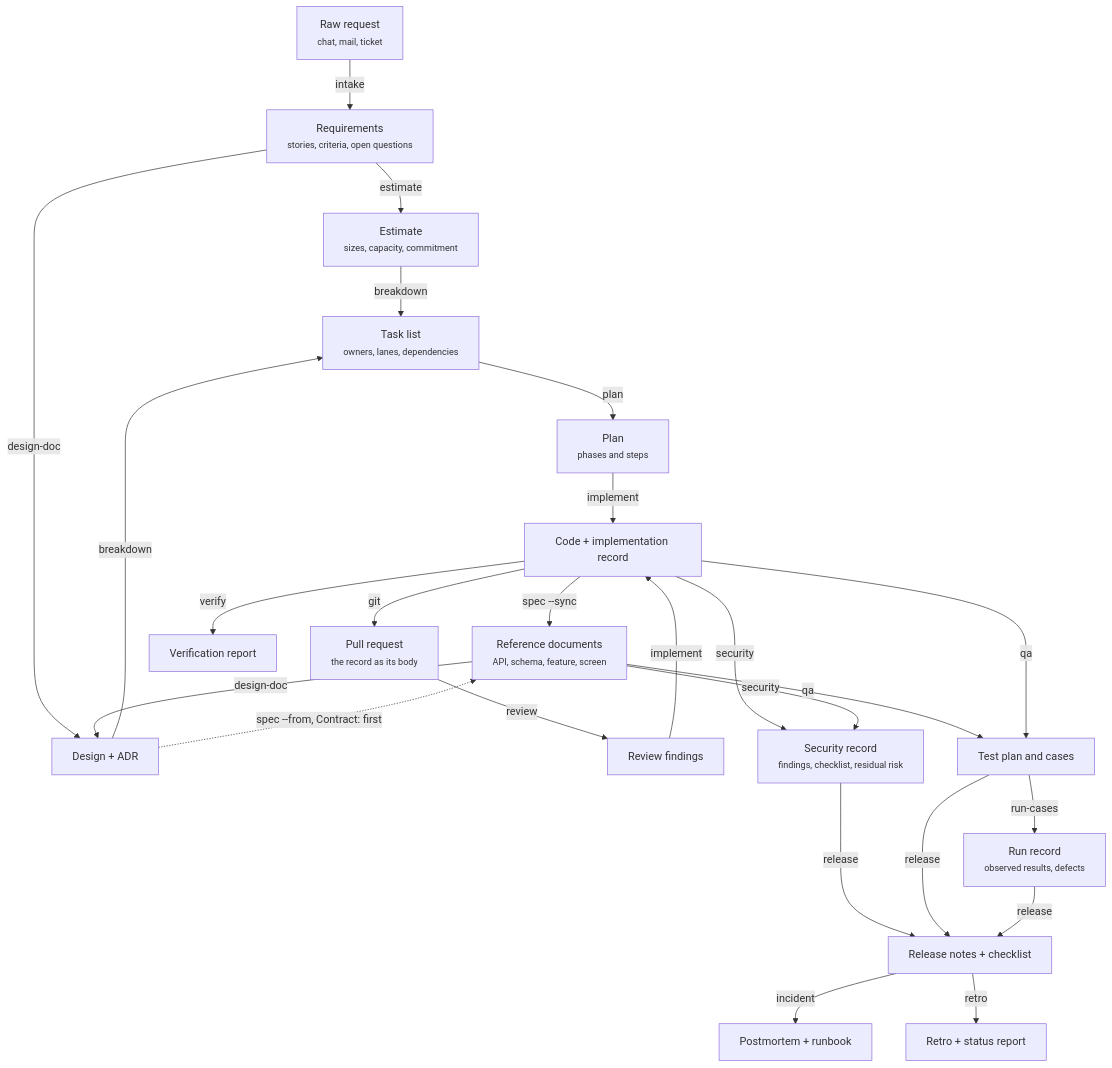
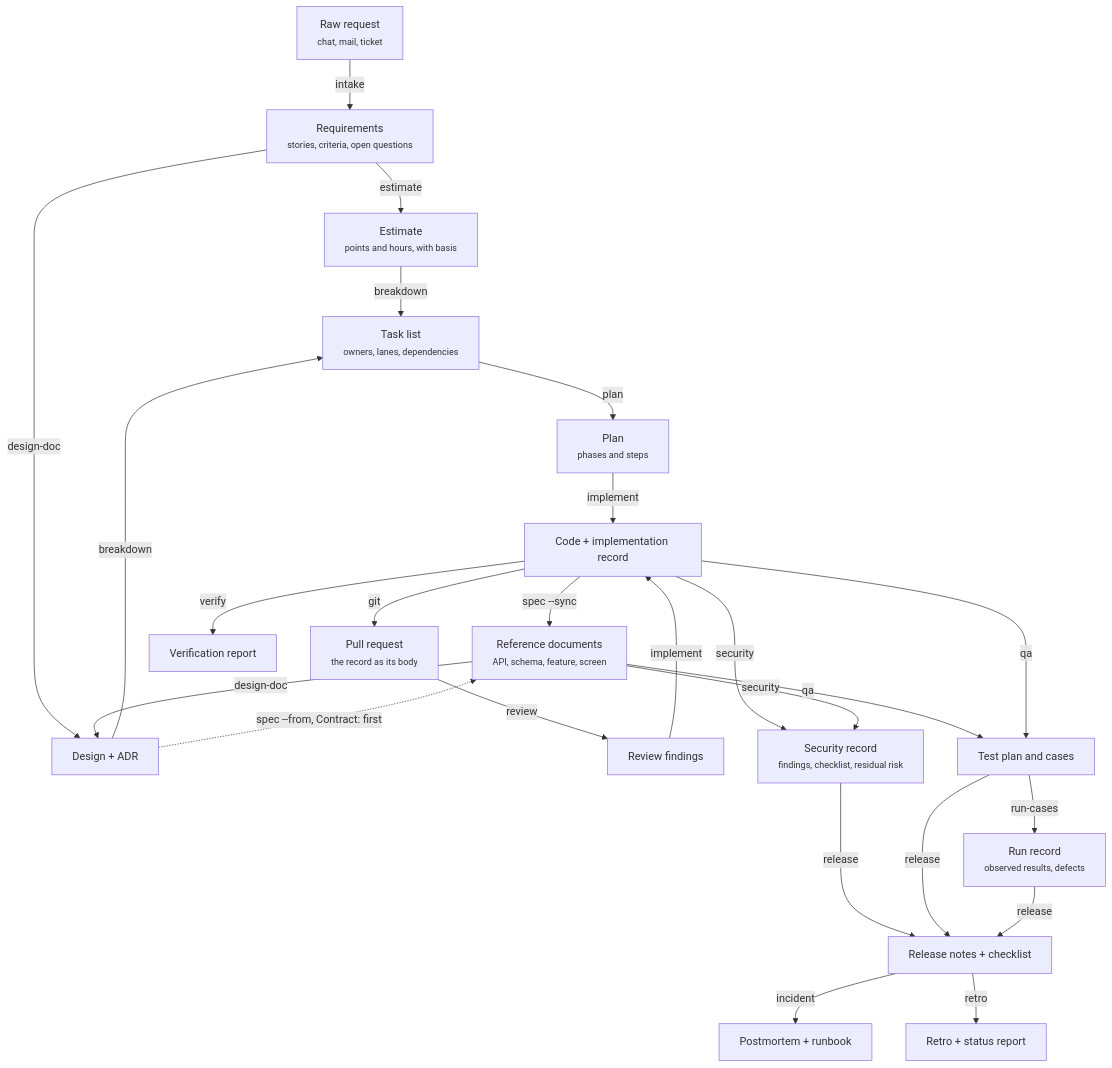
The diagram in docs/flow/skill-chain.md (lamngockhuong/aiteamkit), drawn with Mermaid before and after one commit. The commit also changed other lines of this file and 21 other files, not shown here.

````diff
--- a/docs/flow/skill-chain.md
+++ b/docs/flow/skill-chain.md
@@ -15,45 +15,45 @@
 ```mermaid
 flowchart TD
     A0["Raw request<br/><small>chat, mail, ticket</small>"]
     A1["Requirements<br/><small>stories, criteria, open questions</small>"]
-    A2["Estimate<br/><small>sizes, capacity, commitment</small>"]
+    A2["Estimate<br/><small>points and hours, with basis</small>"]
     A3["Design + ADR"]
     A3b["Reference documents<br/><small>API, schema, feature, screen</small>"]
     A4["Task list<br/><small>owners, lanes, dependencies</small>"]
     A5["Plan<br/><small>phases and steps</small>"]
     A6["Code + implementation record"]
     A6b["Pull request<br/><small>the record as its body</small>"]
     A7["Review findings"]
     A8["Test plan and cases"]
     A8b["Run record<br/><small>observed results, defects</small>"]
     A9["Verification report"]
     A9b["Security record<br/><small>findings, checklist, residual risk</small>"]
     A10["Release notes + checklist"]
     A11["Postmortem + runbook"]
     A12["Retro + status report"]
 
     A0 -->|intake| A1
     A1 -->|estimate| A2
     A1 -->|design-doc| A3
     A2 -->|breakdown| A4
     A3 -->|breakdown| A4
     A3b -->|design-doc| A3
     A4 -->|plan| A5
     A5 -->|implement| A6
     A6 -->|git| A6b
     A6b -->|review| A7
     A7 -->|implement| A6
     A6 -->|spec --sync| A3b
     A3 -.->|spec --from, Contract: first| A3b
     A3b -->|qa| A8
     A6 -->|qa| A8
     A6 -->|verify| A9
     A6 -->|security| A9b
     A3b -->|security| A9b
     A9b -->|release| A10
     A8 -->|release| A10
     A8 -->|run-cases| A8b
     A8b -->|release| A10
     A10 -->|incident| A11
     A10 -->|retro| A12
 ```
````
